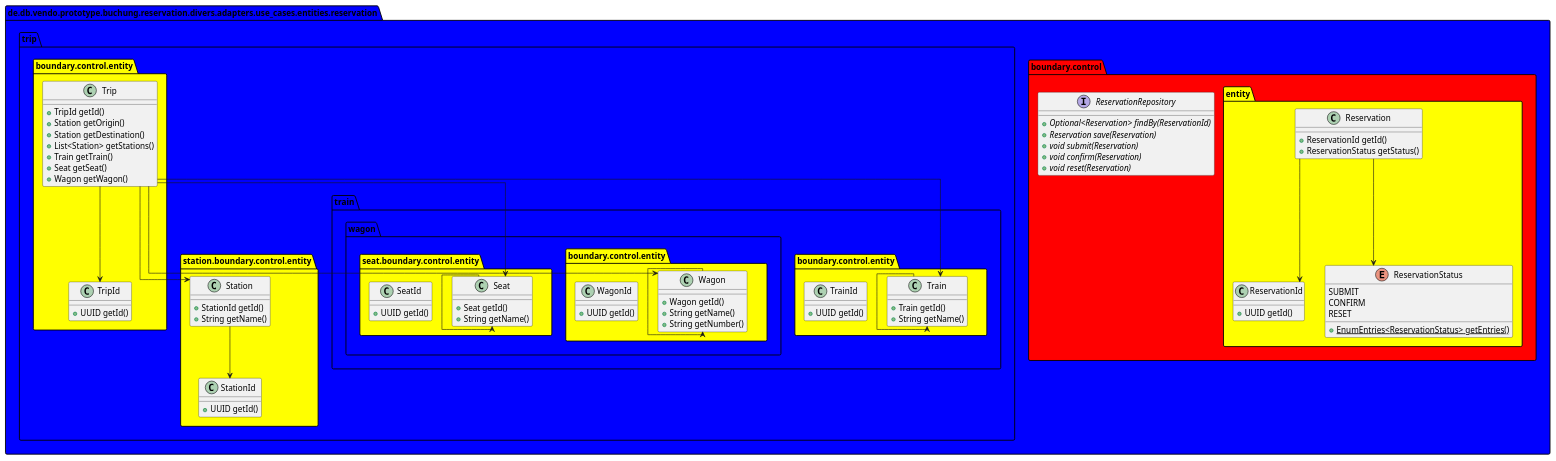
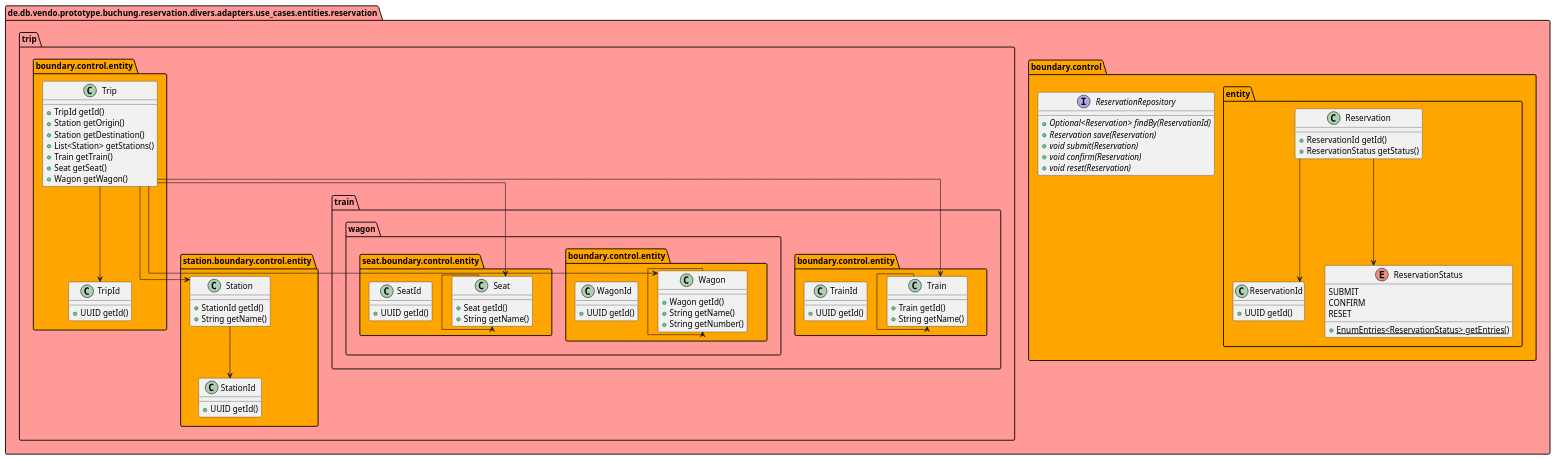
One commit to punkratz312/reservation-proto changed the diagram in doc/uml/puml/er-model.puml. Above: the diagram before and after it, drawn with PlantUML. The commit also changed 12 other files, not shown here.

```diff
--- a/doc/uml/puml/er-model.puml
+++ b/doc/uml/puml/er-model.puml
@@ -1,107 +1,105 @@
 @startuml
 !pragma useIntermediatePackages false
 skinparam linetype ortho
 show stereotype
-package divers as de.db.vendo.prototype.buchung.reservation.divers #blue {}
-package adapters as de.db.vendo.prototype.buchung.reservation.divers.adapters #blue {}
-package use_cases as de.db.vendo.prototype.buchung.reservation.divers.adapters.use_cases #blue {}
-package entities as de.db.vendo.prototype.buchung.reservation.divers.adapters.use_cases.entities #blue {}
-package reservation as de.db.vendo.prototype.buchung.reservation.divers.adapters.use_cases.entities.reservation #blue {}
-package boundary as de.db.vendo.prototype.buchung.reservation.divers.adapters.use_cases.entities.reservation.boundary #gray {}
-package control as de.db.vendo.prototype.buchung.reservation.divers.adapters.use_cases.entities.reservation.boundary.control #red {}
-package entity as de.db.vendo.prototype.buchung.reservation.divers.adapters.use_cases.entities.reservation.boundary.control.entity #yellow {}
-package trip as de.db.vendo.prototype.buchung.reservation.divers.adapters.use_cases.entities.reservation.trip #blue {}
-package boundary as de.db.vendo.prototype.buchung.reservation.divers.adapters.use_cases.entities.reservation.trip.boundary #gray {}
-package control as de.db.vendo.prototype.buchung.reservation.divers.adapters.use_cases.entities.reservation.trip.boundary.control #red {}
-package entity as de.db.vendo.prototype.buchung.reservation.divers.adapters.use_cases.entities.reservation.trip.boundary.control.entity #yellow {}
-package station as de.db.vendo.prototype.buchung.reservation.divers.adapters.use_cases.entities.reservation.trip.station #blue {}
-package boundary as de.db.vendo.prototype.buchung.reservation.divers.adapters.use_cases.entities.reservation.trip.station.boundary #gray {}
-package control as de.db.vendo.prototype.buchung.reservation.divers.adapters.use_cases.entities.reservation.trip.station.boundary.control #red {}
-package entity as de.db.vendo.prototype.buchung.reservation.divers.adapters.use_cases.entities.reservation.trip.station.boundary.control.entity #yellow {}
-package train as de.db.vendo.prototype.buchung.reservation.divers.adapters.use_cases.entities.reservation.trip.train #blue {}
-package boundary as de.db.vendo.prototype.buchung.reservation.divers.adapters.use_cases.entities.reservation.trip.train.boundary #gray {}
-package control as de.db.vendo.prototype.buchung.reservation.divers.adapters.use_cases.entities.reservation.trip.train.boundary.control #red {}
-package entity as de.db.vendo.prototype.buchung.reservation.divers.adapters.use_cases.entities.reservation.trip.train.boundary.control.entity #yellow {}
-package wagon as de.db.vendo.prototype.buchung.reservation.divers.adapters.use_cases.entities.reservation.trip.train.wagon #blue {}
-package boundary as de.db.vendo.prototype.buchung.reservation.divers.adapters.use_cases.entities.reservation.trip.train.wagon.boundary #gray {}
-package control as de.db.vendo.prototype.buchung.reservation.divers.adapters.use_cases.entities.reservation.trip.train.wagon.boundary.control #red {}
-package entity as de.db.vendo.prototype.buchung.reservation.divers.adapters.use_cases.entities.reservation.trip.train.wagon.boundary.control.entity #yellow {}
-package seat as de.db.vendo.prototype.buchung.reservation.divers.adapters.use_cases.entities.reservation.trip.train.wagon.seat #blue {}
-package boundary as de.db.vendo.prototype.buchung.reservation.divers.adapters.use_cases.entities.reservation.trip.train.wagon.seat.boundary #gray {}
-package control as de.db.vendo.prototype.buchung.reservation.divers.adapters.use_cases.entities.reservation.trip.train.wagon.seat.boundary.control #red {}
-package entity as de.db.vendo.prototype.buchung.reservation.divers.adapters.use_cases.entities.reservation.trip.train.wagon.seat.boundary.control.entity #yellow {}
+package use_cases as de.db.vendo.prototype.buchung.reservation.divers.adapters.use_cases #ff9a99 {}
+package entities as de.db.vendo.prototype.buchung.reservation.divers.adapters.use_cases.entities #ff9a99 {}
+package reservation as de.db.vendo.prototype.buchung.reservation.divers.adapters.use_cases.entities.reservation #ff9a99 {}
+package boundary as de.db.vendo.prototype.buchung.reservation.divers.adapters.use_cases.entities.reservation.boundary #ff9a99 {}
+package control as de.db.vendo.prototype.buchung.reservation.divers.adapters.use_cases.entities.reservation.boundary.control #orange {}
+package entity as de.db.vendo.prototype.buchung.reservation.divers.adapters.use_cases.entities.reservation.boundary.control.entity #orange {}
+package trip as de.db.vendo.prototype.buchung.reservation.divers.adapters.use_cases.entities.reservation.trip #ff9a99 {}
+package boundary as de.db.vendo.prototype.buchung.reservation.divers.adapters.use_cases.entities.reservation.trip.boundary #ff9a99 {}
+package control as de.db.vendo.prototype.buchung.reservation.divers.adapters.use_cases.entities.reservation.trip.boundary.control #orange {}
+package entity as de.db.vendo.prototype.buchung.reservation.divers.adapters.use_cases.entities.reservation.trip.boundary.control.entity #orange {}
+package station as de.db.vendo.prototype.buchung.reservation.divers.adapters.use_cases.entities.reservation.trip.station #ff9a99 {}
+package boundary as de.db.vendo.prototype.buchung.reservation.divers.adapters.use_cases.entities.reservation.trip.station.boundary #ff9a99 {}
+package control as de.db.vendo.prototype.buchung.reservation.divers.adapters.use_cases.entities.reservation.trip.station.boundary.control #orange {}
+package entity as de.db.vendo.prototype.buchung.reservation.divers.adapters.use_cases.entities.reservation.trip.station.boundary.control.entity #orange {}
+package train as de.db.vendo.prototype.buchung.reservation.divers.adapters.use_cases.entities.reservation.trip.train #ff9a99 {}
+package boundary as de.db.vendo.prototype.buchung.reservation.divers.adapters.use_cases.entities.reservation.trip.train.boundary #ff9a99 {}
+package control as de.db.vendo.prototype.buchung.reservation.divers.adapters.use_cases.entities.reservation.trip.train.boundary.control #orange {}
+package entity as de.db.vendo.prototype.buchung.reservation.divers.adapters.use_cases.entities.reservation.trip.train.boundary.control.entity #orange {}
+package wagon as de.db.vendo.prototype.buchung.reservation.divers.adapters.use_cases.entities.reservation.trip.train.wagon #ff9a99 {}
+package boundary as de.db.vendo.prototype.buchung.reservation.divers.adapters.use_cases.entities.reservation.trip.train.wagon.boundary #ff9a99 {}
+package control as de.db.vendo.prototype.buchung.reservation.divers.adapters.use_cases.entities.reservation.trip.train.wagon.boundary.control #orange {}
+package entity as de.db.vendo.prototype.buchung.reservation.divers.adapters.use_cases.entities.reservation.trip.train.wagon.boundary.control.entity #orange {}
+package seat as de.db.vendo.prototype.buchung.reservation.divers.adapters.use_cases.entities.reservation.trip.train.wagon.seat #ff9a99 {}
+package boundary as de.db.vendo.prototype.buchung.reservation.divers.adapters.use_cases.entities.reservation.trip.train.wagon.seat.boundary #ff9a99 {}
+package control as de.db.vendo.prototype.buchung.reservation.divers.adapters.use_cases.entities.reservation.trip.train.wagon.seat.boundary.control #orange {}
+package entity as de.db.vendo.prototype.buchung.reservation.divers.adapters.use_cases.entities.reservation.trip.train.wagon.seat.boundary.control.entity #orange {}
 
 interface "ReservationRepository" as de.db.vendo.prototype.buchung.reservation.divers.adapters.use_cases.entities.reservation.boundary.control.ReservationRepository {
   + {abstract}Optional<Reservation> findBy(ReservationId)
   + {abstract}Reservation save(Reservation)
   + {abstract}void submit(Reservation)
   + {abstract}void confirm(Reservation)
   + {abstract}void reset(Reservation)
 }
 class "Reservation" as de.db.vendo.prototype.buchung.reservation.divers.adapters.use_cases.entities.reservation.boundary.control.entity.Reservation {
   +ReservationId getId()
   +ReservationStatus getStatus()
 }
 class "ReservationId" as de.db.vendo.prototype.buchung.reservation.divers.adapters.use_cases.entities.reservation.boundary.control.entity.ReservationId {
   +UUID getId()
 }
 enum "ReservationStatus" as de.db.vendo.prototype.buchung.reservation.divers.adapters.use_cases.entities.reservation.boundary.control.entity.ReservationStatus {
   SUBMIT
   CONFIRM
   RESET
   __
   + {static}EnumEntries<ReservationStatus> getEntries()
 }
 class "Trip" as de.db.vendo.prototype.buchung.reservation.divers.adapters.use_cases.entities.reservation.trip.boundary.control.entity.Trip {
   +TripId getId()
   +Station getOrigin()
   +Station getDestination()
   +List<Station> getStations()
   +Train getTrain()
   +Seat getSeat()
   +Wagon getWagon()
 }
 class "TripId" as de.db.vendo.prototype.buchung.reservation.divers.adapters.use_cases.entities.reservation.trip.boundary.control.entity.TripId {
   +UUID getId()
 }
 class "Station" as de.db.vendo.prototype.buchung.reservation.divers.adapters.use_cases.entities.reservation.trip.station.boundary.control.entity.Station {
   +StationId getId()
   +String getName()
 }
 class "StationId" as de.db.vendo.prototype.buchung.reservation.divers.adapters.use_cases.entities.reservation.trip.station.boundary.control.entity.StationId {
   +UUID getId()
 }
 class "Train" as de.db.vendo.prototype.buchung.reservation.divers.adapters.use_cases.entities.reservation.trip.train.boundary.control.entity.Train {
   +Train getId()
   +String getName()
 }
 class "TrainId" as de.db.vendo.prototype.buchung.reservation.divers.adapters.use_cases.entities.reservation.trip.train.boundary.control.entity.TrainId {
   +UUID getId()
 }
 class "Wagon" as de.db.vendo.prototype.buchung.reservation.divers.adapters.use_cases.entities.reservation.trip.train.wagon.boundary.control.entity.Wagon {
   +Wagon getId()
   +String getName()
   +String getNumber()
 }
 class "WagonId" as de.db.vendo.prototype.buchung.reservation.divers.adapters.use_cases.entities.reservation.trip.train.wagon.boundary.control.entity.WagonId {
   +UUID getId()
 }
 class "Seat" as de.db.vendo.prototype.buchung.reservation.divers.adapters.use_cases.entities.reservation.trip.train.wagon.seat.boundary.control.entity.Seat {
   +Seat getId()
   +String getName()
 }
 class "SeatId" as de.db.vendo.prototype.buchung.reservation.divers.adapters.use_cases.entities.reservation.trip.train.wagon.seat.boundary.control.entity.SeatId {
   +UUID getId()
 }
 de.db.vendo.prototype.buchung.reservation.divers.adapters.use_cases.entities.reservation.boundary.control.entity.Reservation --> de.db.vendo.prototype.buchung.reservation.divers.adapters.use_cases.entities.reservation.boundary.control.entity.ReservationId
 de.db.vendo.prototype.buchung.reservation.divers.adapters.use_cases.entities.reservation.boundary.control.entity.Reservation --> de.db.vendo.prototype.buchung.reservation.divers.adapters.use_cases.entities.reservation.boundary.control.entity.ReservationStatus
 de.db.vendo.prototype.buchung.reservation.divers.adapters.use_cases.entities.reservation.trip.boundary.control.entity.Trip --> de.db.vendo.prototype.buchung.reservation.divers.adapters.use_cases.entities.reservation.trip.boundary.control.entity.TripId
 de.db.vendo.prototype.buchung.reservation.divers.adapters.use_cases.entities.reservation.trip.boundary.control.entity.Trip --> de.db.vendo.prototype.buchung.reservation.divers.adapters.use_cases.entities.reservation.trip.station.boundary.control.entity.Station
 de.db.vendo.prototype.buchung.reservation.divers.adapters.use_cases.entities.reservation.trip.boundary.control.entity.Trip --> de.db.vendo.prototype.buchung.reservation.divers.adapters.use_cases.entities.reservation.trip.train.wagon.seat.boundary.control.entity.Seat
 de.db.vendo.prototype.buchung.reservation.divers.adapters.use_cases.entities.reservation.trip.boundary.control.entity.Trip --> de.db.vendo.prototype.buchung.reservation.divers.adapters.use_cases.entities.reservation.trip.train.boundary.control.entity.Train
 de.db.vendo.prototype.buchung.reservation.divers.adapters.use_cases.entities.reservation.trip.boundary.control.entity.Trip --> de.db.vendo.prototype.buchung.reservation.divers.adapters.use_cases.entities.reservation.trip.train.wagon.boundary.control.entity.Wagon
 de.db.vendo.prototype.buchung.reservation.divers.adapters.use_cases.entities.reservation.trip.station.boundary.control.entity.Station --> de.db.vendo.prototype.buchung.reservation.divers.adapters.use_cases.entities.reservation.trip.station.boundary.control.entity.StationId
 de.db.vendo.prototype.buchung.reservation.divers.adapters.use_cases.entities.reservation.trip.train.boundary.control.entity.Train --> de.db.vendo.prototype.buchung.reservation.divers.adapters.use_cases.entities.reservation.trip.train.boundary.control.entity.Train
 de.db.vendo.prototype.buchung.reservation.divers.adapters.use_cases.entities.reservation.trip.train.wagon.boundary.control.entity.Wagon --> de.db.vendo.prototype.buchung.reservation.divers.adapters.use_cases.entities.reservation.trip.train.wagon.boundary.control.entity.Wagon
 de.db.vendo.prototype.buchung.reservation.divers.adapters.use_cases.entities.reservation.trip.train.wagon.seat.boundary.control.entity.Seat --> de.db.vendo.prototype.buchung.reservation.divers.adapters.use_cases.entities.reservation.trip.train.wagon.seat.boundary.control.entity.Seat
 @enduml
```
